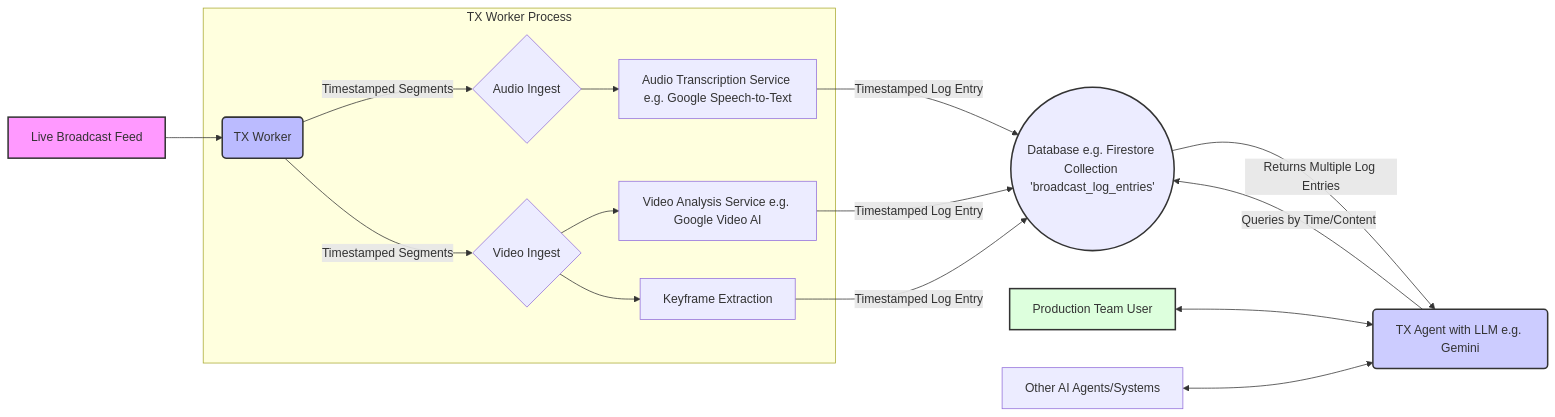
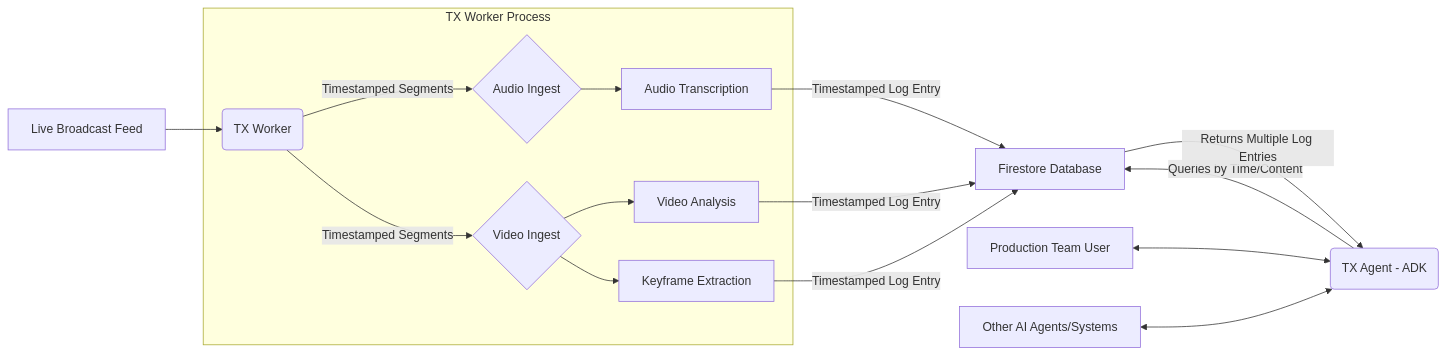
One commit to google/virtual-broadcast-production-assistant changed the diagram in tx/README.md. Above: the diagram before and after it, drawn with Mermaid. The commit also changed other lines of this file and 22 other files, not shown here.

````diff
--- a/tx/README.md
+++ b/tx/README.md
@@ -144,28 +65,22 @@
 ```mermaid
 graph LR
     A[Live Broadcast Feed] --> B(TX Worker);
 
     subgraph TX Worker Process
         B -- Timestamped Segments --> C{Audio Ingest};
         B -- Timestamped Segments --> D{Video Ingest};
-        C --> E[Audio Transcription Service e.g. Google Speech-to-Text];
-        D --> F[Video Analysis Service e.g. Google Video AI];
+        C --> E[Audio Transcription];
+        D --> F[Video Analysis];
         D --> G[Keyframe Extraction];
     end
 
-    E -- Timestamped Log Entry --> H((Database e.g. Firestore Collection 'broadcast_log_entries'));
+    E -- Timestamped Log Entry --> H[Firestore Database];
     F -- Timestamped Log Entry --> H;
     G -- Timestamped Log Entry --> H;
 
-    I(TX Agent with LLM e.g. Gemini);
+    I(TX Agent - ADK);
     I -- Queries by Time/Content --> H;
     H -- Returns Multiple Log Entries --> I;
     J[Production Team User] <--> I;
     K[Other AI Agents/Systems] <--> I;
-
-    style A fill:#f9f,stroke:#333,stroke-width:2px
-    style B fill:#bbf,stroke:#333,stroke-width:2px
-    style H fill:#lightgrey,stroke:#333,stroke-width:2px
-    style I fill:#ccf,stroke:#333,stroke-width:2px
-    style J fill:#dfd,stroke:#333,stroke-width:2px
 ```
````
